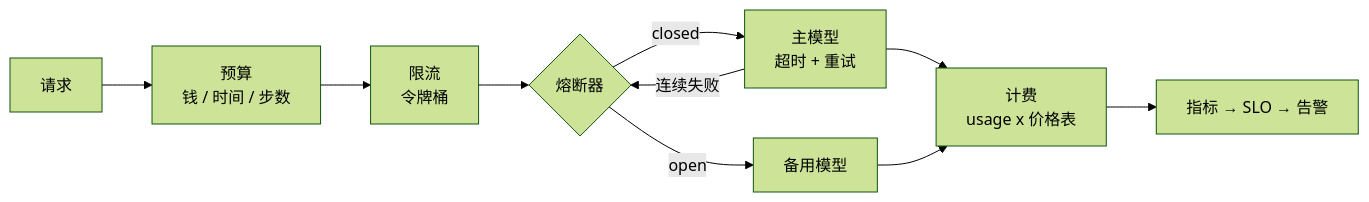
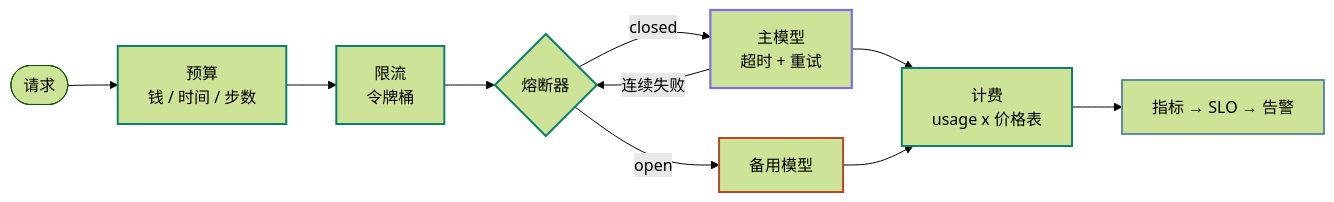
The diagram in lessons/reliability-cost-llmops/README.md (lance2016/ai-app-engineering), drawn with Mermaid (forest theme) before and after one commit. The commit also changed 21 other files, not shown here.

````diff
--- a/lessons/reliability-cost-llmops/README.md
+++ b/lessons/reliability-cost-llmops/README.md
@@ -29,12 +29,20 @@
 ```mermaid
 flowchart LR
-    R[请求] --> B[预算<br/>钱 / 时间 / 步数]
+    classDef model stroke:#7c6ee6,stroke-width:2.2px
+    classDef runtime stroke:#0d806b,stroke-width:2px
+    classDef data stroke:#4e83a3,stroke-width:1.8px
+    classDef risk stroke:#b5472d,stroke-width:2px
+    R([请求]) --> B[预算<br/>钱 / 时间 / 步数]
     B --> L[限流<br/>令牌桶]
     L --> C{熔断器}
     C -- closed --> P[主模型<br/>超时 + 重试]
     C -- open --> F[备用模型]
     P -- 连续失败 --> C
     P --> M[计费<br/>usage x 价格表]
     F --> M
     M --> O[指标 → SLO → 告警]
+    class B,L,C,M runtime
+    class P model
+    class F risk
+    class O data
 ```
````
